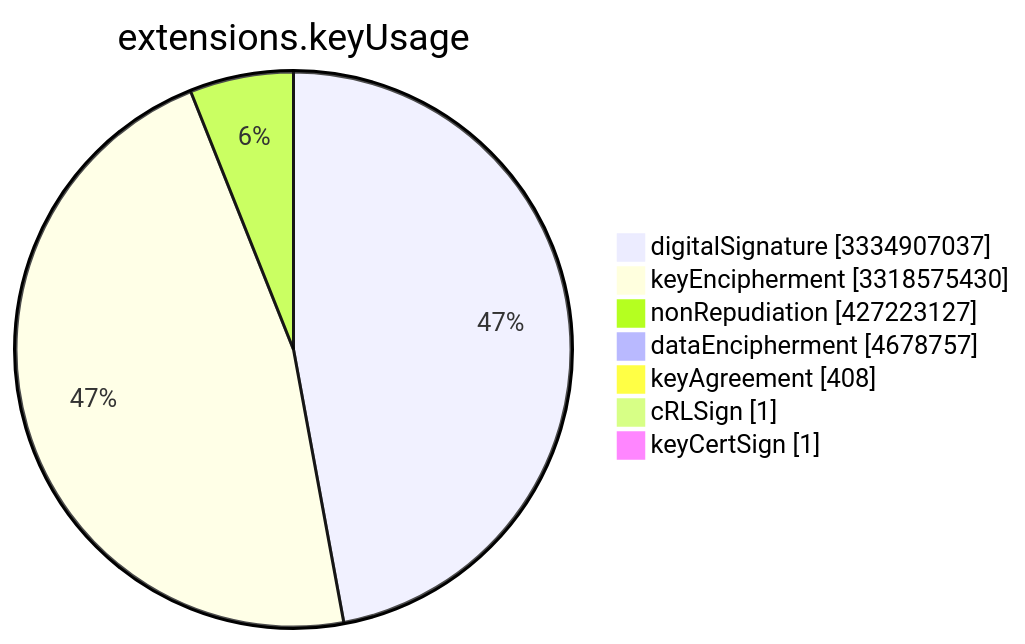
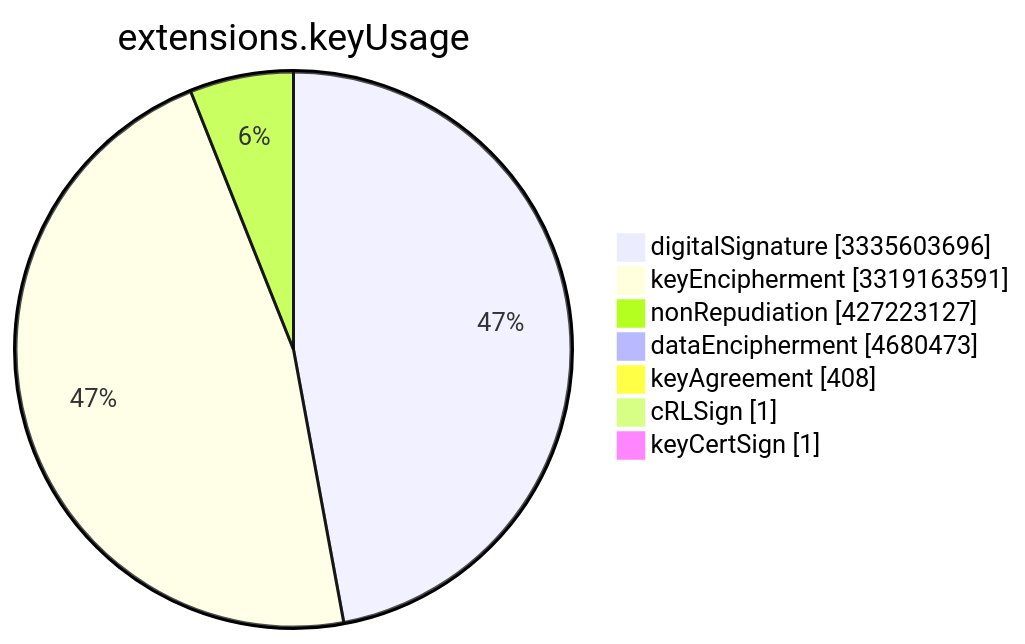
One commit to christiankrug/ctmonitor_visualization changed the sixth of 15 diagrams in TOTAL/README.md. Above: the diagram before and after it, drawn with Mermaid. The commit also changed other lines of this file, not shown here.

````diff
--- a/TOTAL/README.md
+++ b/TOTAL/README.md
@@ -3078,11 +3078,11 @@
 ```mermaid
 pie showData
 title extensions.keyUsage
-"digitalSignature" :3334907037
-"keyEncipherment" :3318575430
+"digitalSignature" :3335603696
+"keyEncipherment" :3319163591
 "nonRepudiation" :427223127
-"dataEncipherment" :4678757
+"dataEncipherment" :4680473
 "keyAgreement" :408
 "cRLSign" :1
 "keyCertSign" :1
 ```
````
